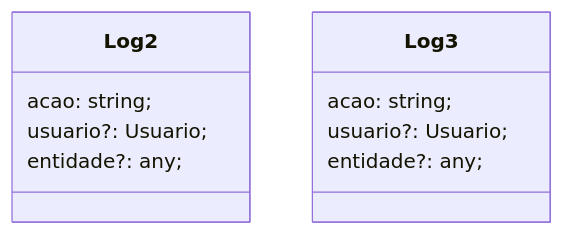
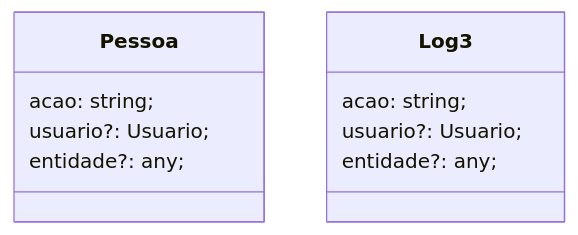
The diagram in Diagrama2.MD (DantasRocha/FinancasTI), drawn with Mermaid before and after one commit. The commit also changed other lines of this file, not shown here.

````diff
--- a/Diagrama2.MD
+++ b/Diagrama2.MD
@@ -9,18 +5,18 @@
 ```mermaid
 classDiagram
 
 
-class Log2 {
+class Pessoa {
     acao: string;
     usuario?: Usuario;
     entidade?: any;
 }
 
 
 class Log3 {
     acao: string;
     usuario?: Usuario;
     entidade?: any;
 }
 
 ```
````
